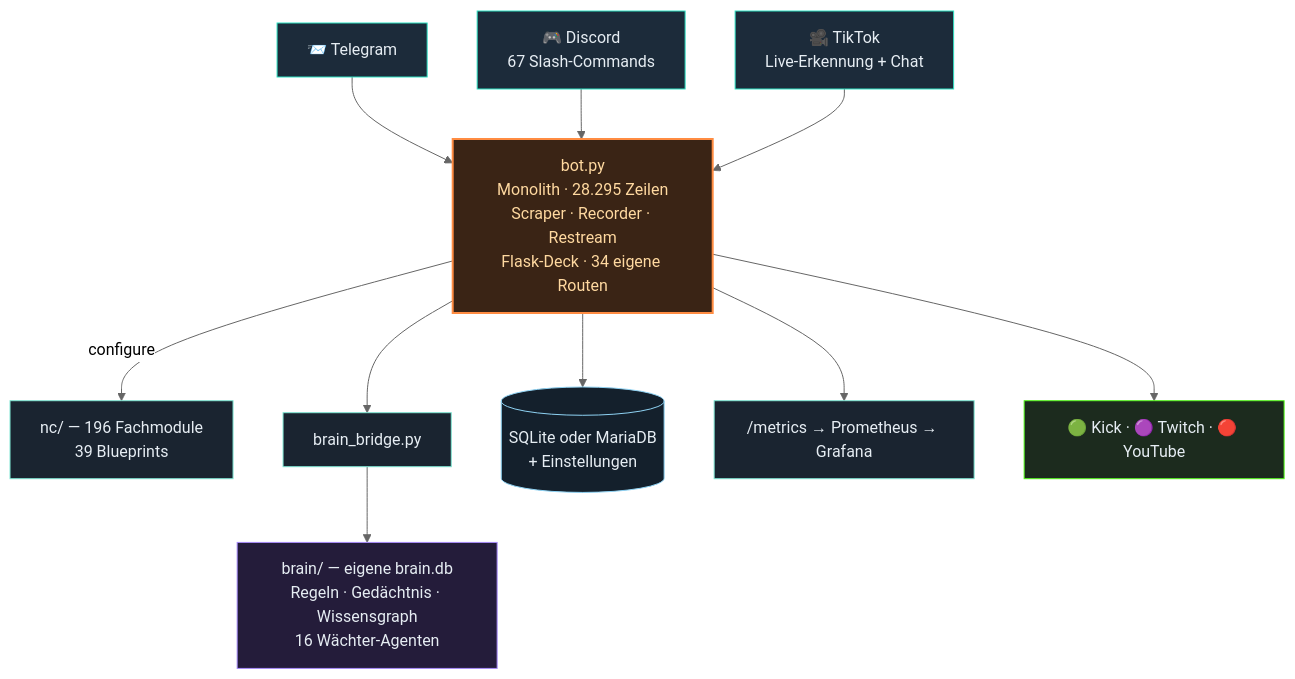
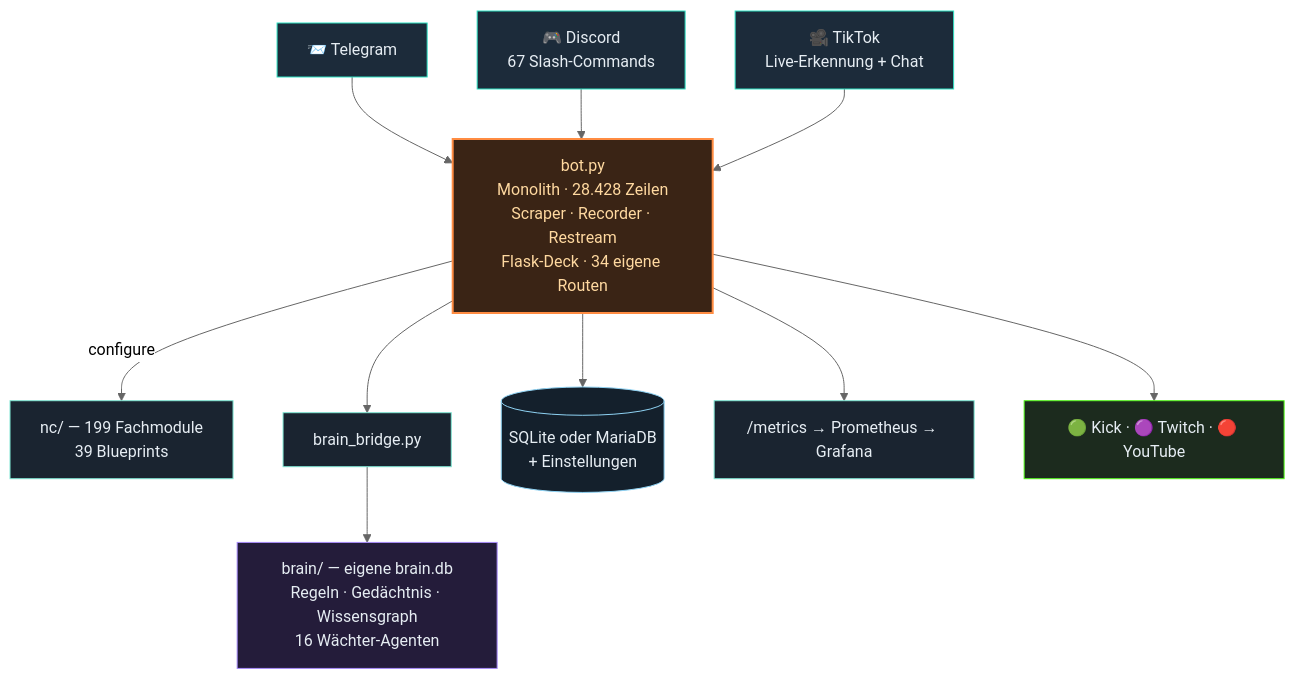
Before and after one commit to itsamemedev/Telegram-Stream-Info-Bot: the second of 3 diagrams in README.md, drawn with Mermaid (neutral theme). The commit also changed other lines of this file and 43 other files, not shown here.

````diff
--- a/README.md
+++ b/README.md
@@ -118,19 +118,19 @@
 ```mermaid
 flowchart TB
     TG["📨 Telegram"]:::ein --> BOT
     DC["🎮 Discord<br/>67 Slash-Commands"]:::ein --> BOT
     TT["🎥 TikTok<br/>Live-Erkennung + Chat"]:::ein --> BOT
-    BOT["bot.py<br/>Monolith · 28.295 Zeilen<br/>Scraper · Recorder · Restream<br/>Flask-Deck · 34 eigene Routen"]:::core
-    BOT -->|configure| NC["nc/ — 196 Fachmodule<br/>39 Blueprints"]:::lib
+    BOT["bot.py<br/>Monolith · 28.428 Zeilen<br/>Scraper · Recorder · Restream<br/>Flask-Deck · 34 eigene Routen"]:::core
+    BOT -->|configure| NC["nc/ — 199 Fachmodule<br/>39 Blueprints"]:::lib
     BOT --> BR["brain_bridge.py"]:::lib
     BR --> BRAIN["brain/ — eigene brain.db<br/>Regeln · Gedächtnis · Wissensgraph<br/>16 Wächter-Agenten"]:::brain
     BOT --> DB[("SQLite oder MariaDB<br/>+ Einstellungen")]:::db
     BOT --> PROM["/metrics → Prometheus → Grafana"]:::lib
     BOT --> OUT["🟢 Kick · 🟣 Twitch · 🔴 YouTube"]:::out
     classDef ein fill:#1c2b3a,stroke:#2de1c2,color:#e6edf3
     classDef core fill:#3a2415,stroke:#ff8c42,stroke-width:2px,color:#ffd9a0
     classDef lib fill:#1a2430,stroke:#7fe7d4,color:#e6edf3
     classDef brain fill:#241c3a,stroke:#a78bfa,color:#e6edf3
     classDef db fill:#14202c,stroke:#8fd3f4,color:#e6edf3
     classDef out fill:#1c2b1e,stroke:#53fc18,color:#e6edf3
 ```
````
